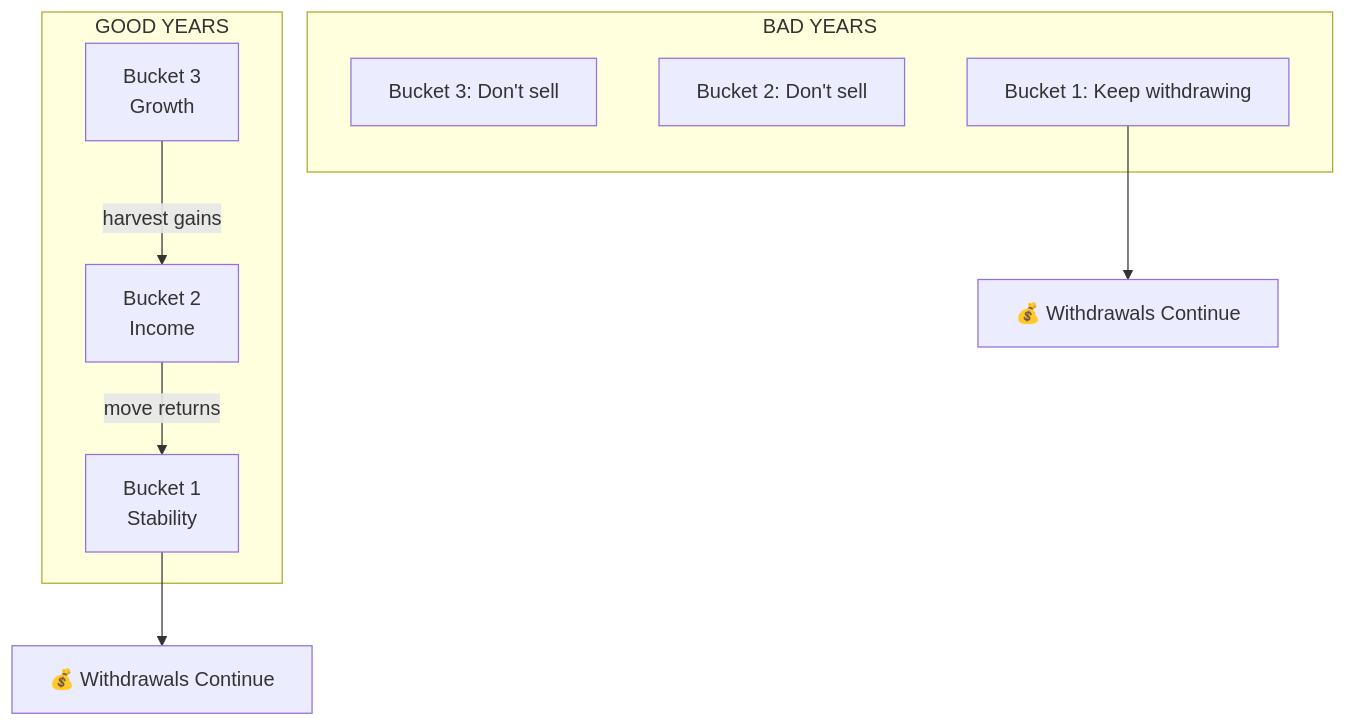
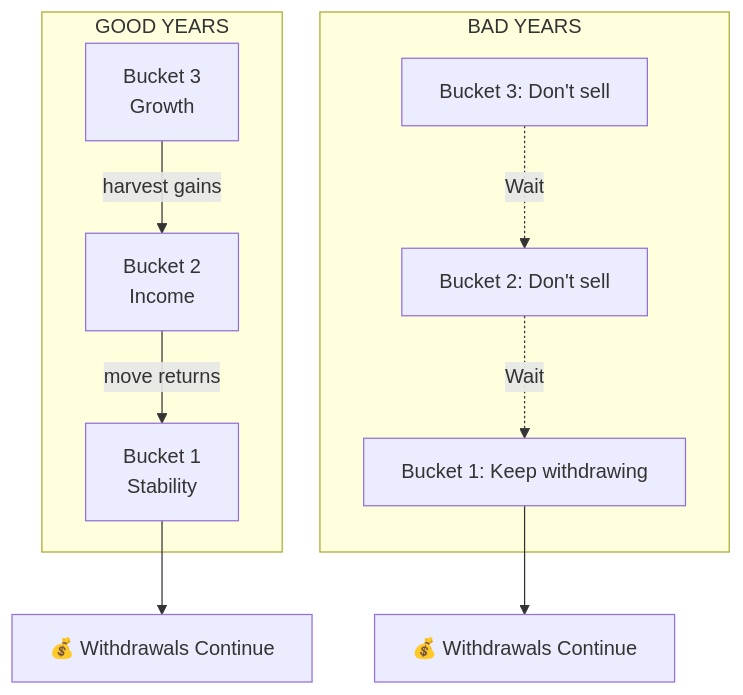
One commit to naren-m/literature-notes changed the second of 4 diagrams in finances/three_bucket_investment_strategy.md. Above: the diagram before and after it, drawn with Mermaid. The commit also changed other lines of this file, not shown here.

````diff
--- a/finances/three_bucket_investment_strategy.md
+++ b/finances/three_bucket_investment_strategy.md
@@ -94,16 +94,18 @@
 ```mermaid
 flowchart TB
     subgraph GOOD["GOOD YEARS"]
         G3["Bucket 3<br/>Growth"] --harvest gains--> G2["Bucket 2<br/>Income"]
         G2["Bucket 2<br/>Income"] --move returns--> G1["Bucket 1<br/>Stability"]
 
     end
     
     subgraph BAD["BAD YEARS"]
         B3["Bucket 3: Don't sell"]
         B2["Bucket 2: Don't sell"]
         B1["Bucket 1: Keep withdrawing"]
+        B3  -.->|"Wait"| B2
+        B2  -.->|"Wait"| B1
     end
     G1 --> W1["💰 Withdrawals Continue"]
     B1 --> W2["💰 Withdrawals Continue"]
 ```
````
